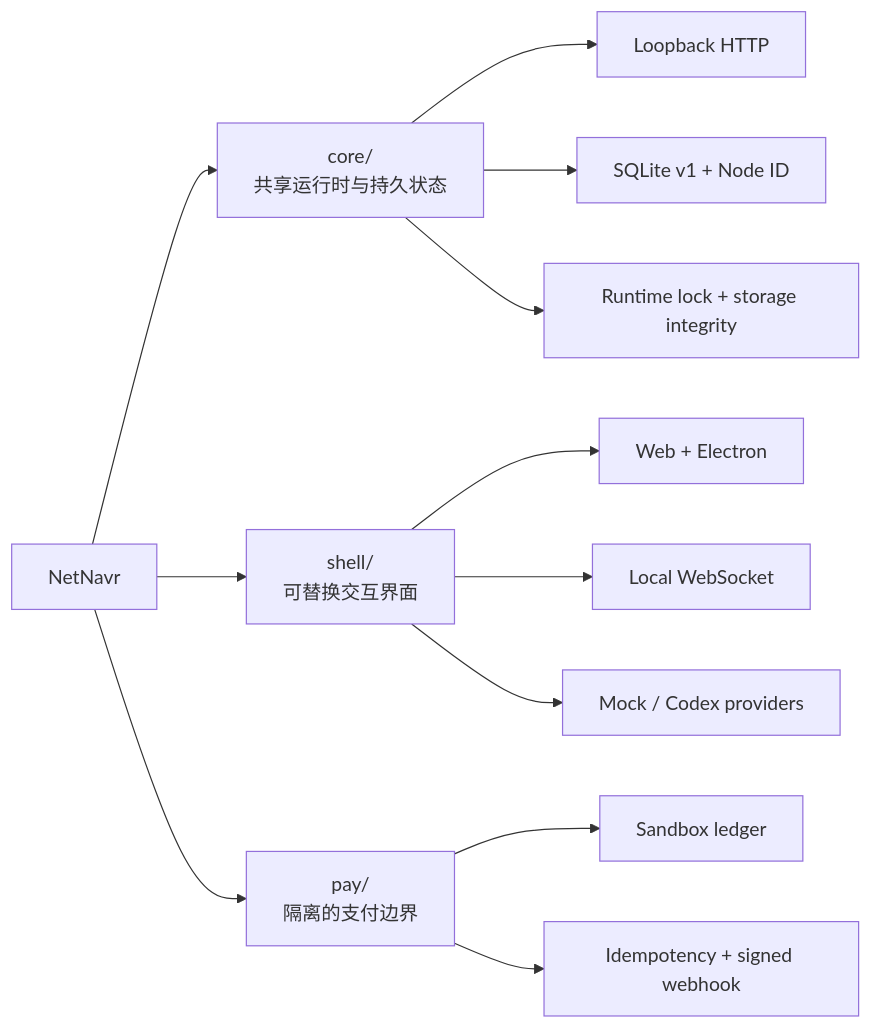
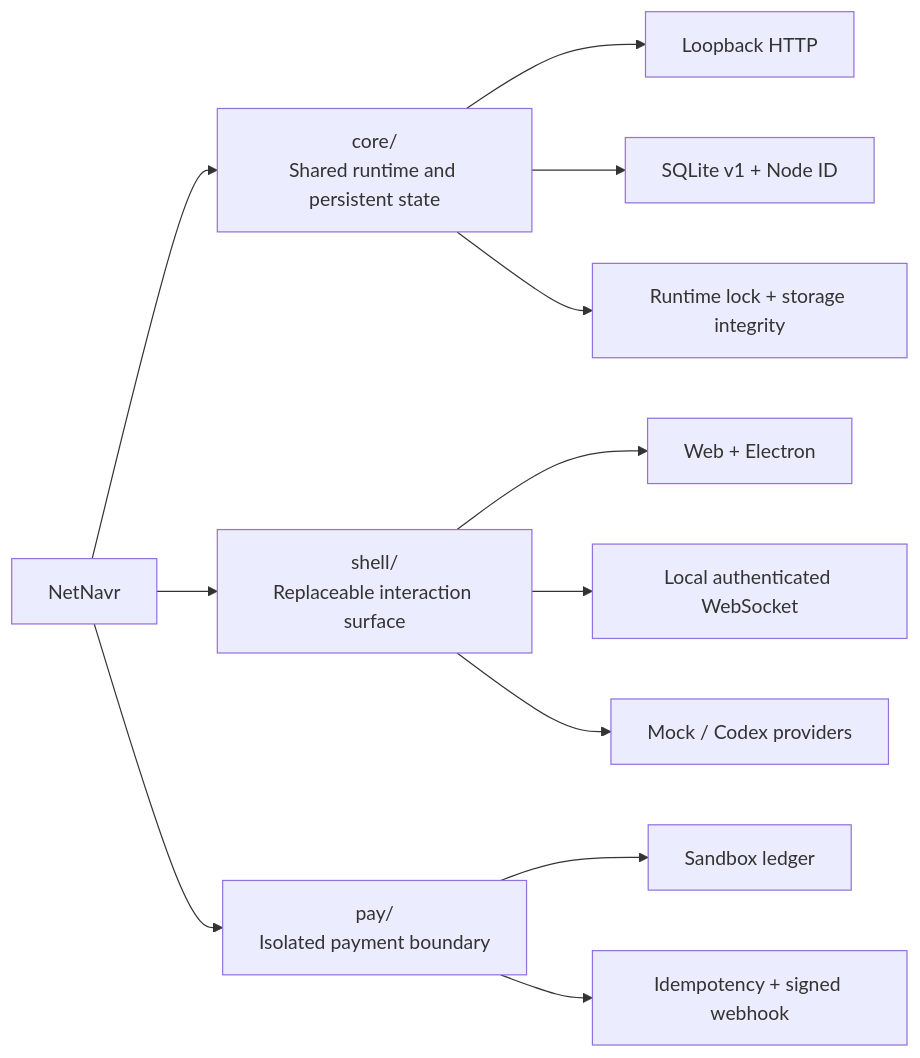
One commit to PM100Fun/NetNavr changed the diagram in README.md. Above: the diagram before and after it, drawn with Mermaid. The commit also changed other lines of this file and 1 other file, not shown here.

````diff
--- a/README.md
+++ b/README.md
@@ -89,17 +104,17 @@
 ```mermaid
 flowchart LR
-    R["NetNavr"] --> C["core/<br/>共享运行时与持久状态"]
-    R --> S["shell/<br/>可替换交互界面"]
-    R --> P["pay/<br/>隔离的支付边界"]
+    R["NetNavr"] --> C["core/<br/>Shared runtime and persistent state"]
+    R --> S["shell/<br/>Replaceable interaction surface"]
+    R --> P["pay/<br/>Isolated payment boundary"]
 
     C --> C1["Loopback HTTP"]
     C --> C2["SQLite v1 + Node ID"]
     C --> C3["Runtime lock + storage integrity"]
 
     S --> S1["Web + Electron"]
-    S --> S2["Local WebSocket"]
+    S --> S2["Local authenticated WebSocket"]
     S --> S3["Mock / Codex providers"]
 
     P --> P1["Sandbox ledger"]
     P --> P2["Idempotency + signed webhook"]
 ```
````
